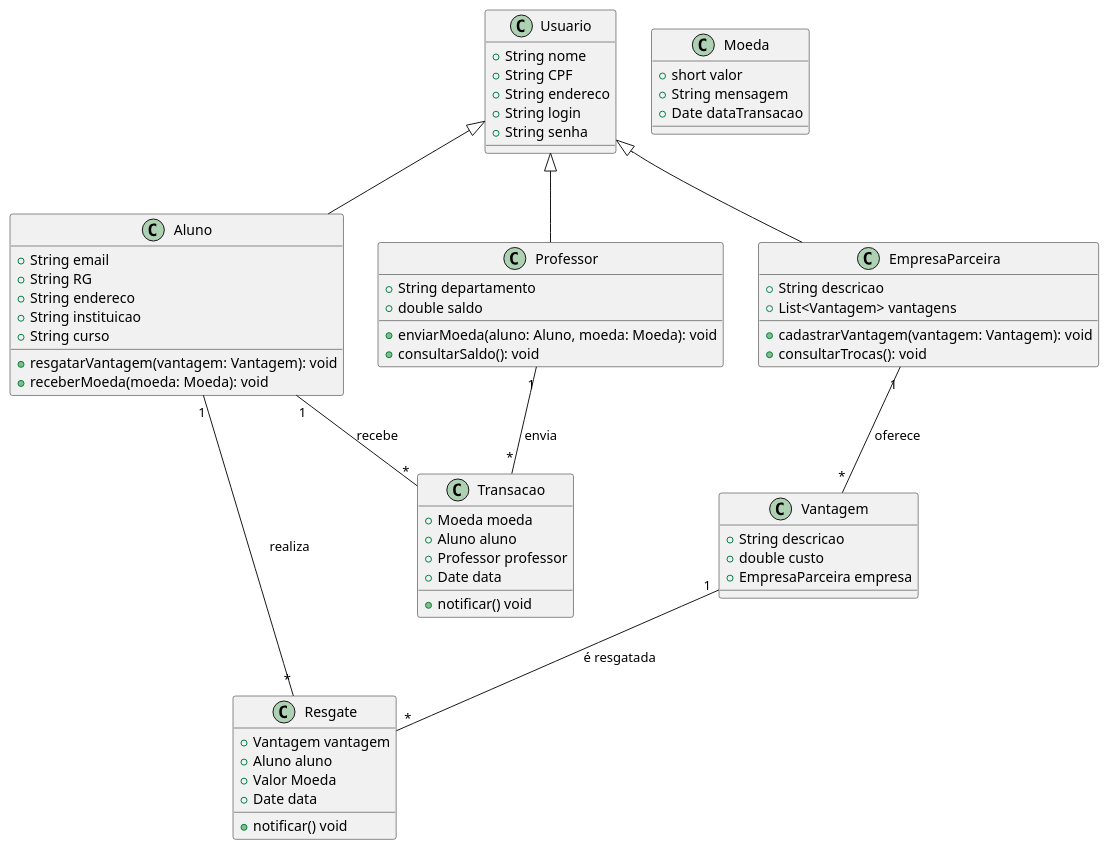
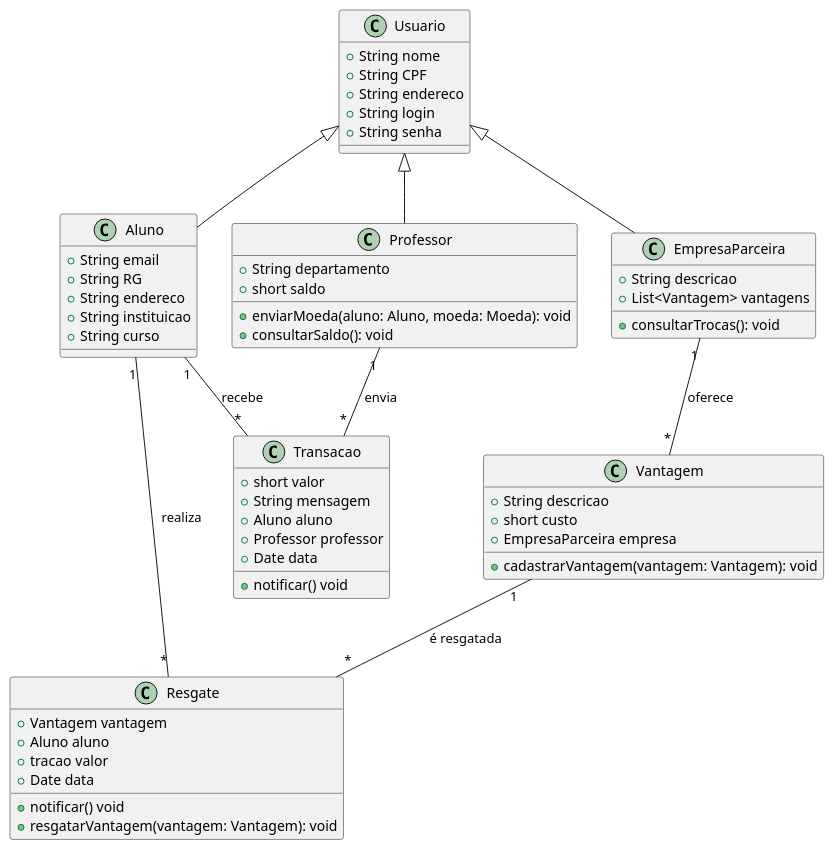
The diagram in project/diagramaDeClasses.puml (liviabontempol/LDS-projeto3), drawn with PlantUML before and after one commit.

```diff
--- a/project/diagramaDeClasses.puml
+++ b/project/diagramaDeClasses.puml
@@ -1,70 +1,67 @@
 @startuml
 class Usuario{
     + String nome
     + String CPF
     + String endereco
     + String login
     + String senha
 }
 class Aluno {
     + String email
     + String RG
     + String endereco
     + String instituicao
     + String curso
-    + resgatarVantagem(vantagem: Vantagem): void
-    + receberMoeda(moeda: Moeda): void
+    
 }
 
 class Professor {
     + String departamento
-    + double saldo
+    + short saldo
     + enviarMoeda(aluno: Aluno, moeda: Moeda): void
     + consultarSaldo(): void
 }
 
 class EmpresaParceira {
     + String descricao
     + List<Vantagem> vantagens
-    + cadastrarVantagem(vantagem: Vantagem): void
+    
     + consultarTrocas(): void
 }
 
 class Vantagem {
     + String descricao
-    + double custo
+    + short custo
     + EmpresaParceira empresa
++ cadastrarVantagem(vantagem: Vantagem): void
 }
 
-class Moeda {
-    + short valor
-    + String mensagem
-    + Date dataTransacao
-}
 
 class Resgate{
     + Vantagem vantagem
     + Aluno aluno
-    + Valor Moeda
+    + tracao valor
     + Date data
     + notificar() void
++ resgatarVantagem(vantagem: Vantagem): void
 }
 
 class Transacao {
-    + Moeda moeda
+    + short valor
+    +String mensagem
     + Aluno aluno
     + Professor professor
     + Date data
     + notificar() void
 }
 
 Usuario <|-- Aluno
 Usuario <|-- Professor
 Usuario <|-- EmpresaParceira
 Aluno "1" -- "*" Transacao : recebe
 Professor "1" -- "*" Transacao : envia
 EmpresaParceira "1" -- "*" Vantagem : oferece
 Aluno "1" -- "*" Resgate : realiza
 Vantagem "1" -- "*" Resgate : é resgatada
 
 @enduml
```
